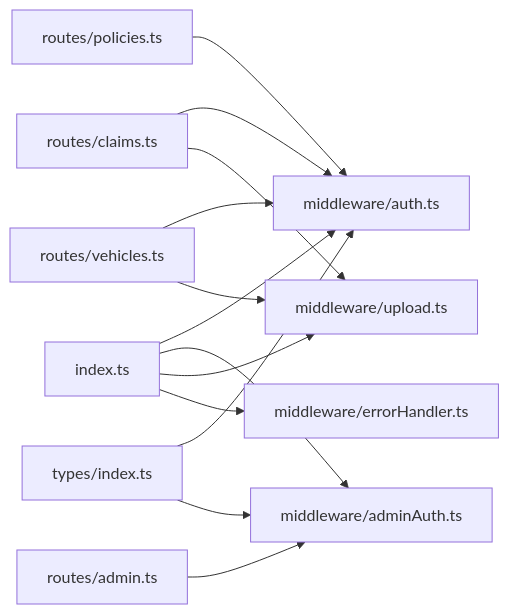
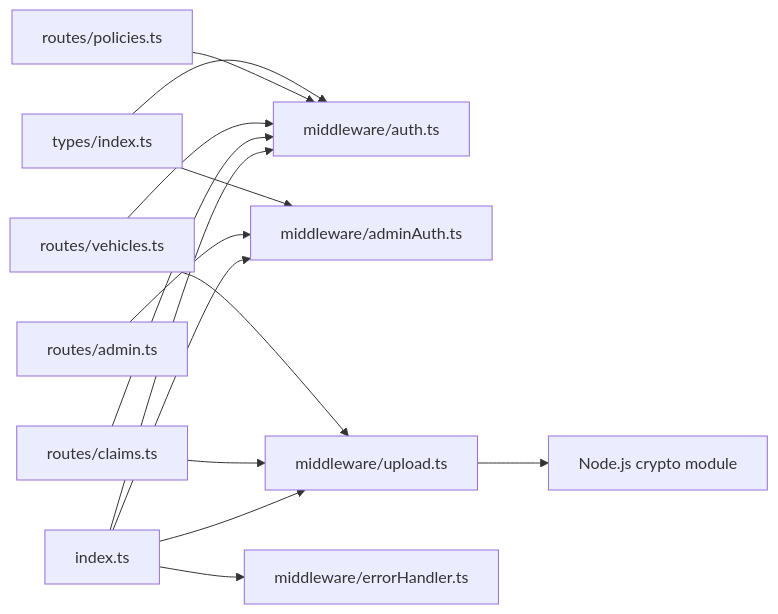
The ninth of 9 diagrams in .qoder/repowiki/en/content/Backend Documentation/Middleware & Request Processing/Middleware & Request Processing.md (NaveenHiranya/Smart-Vehicle-Insurance-Claim-System), drawn with Mermaid before and after one commit. The commit also changed other lines of this file and 8 other files, not shown here.

````diff
--- a/.qoder/repowiki/en/content/Backend Documentation/Middleware & Request Processing/Middleware & Request Processing.md
+++ b/.qoder/repowiki/en/content/Backend Documentation/Middleware & Request Processing/Middleware & Request Processing.md
@@ -317,15 +325,16 @@
 ```mermaid
 graph LR
 Index["index.ts"] --> AuthMW["middleware/auth.ts"]
 Index --> AdminMW["middleware/adminAuth.ts"]
 Index --> UploadMW["middleware/upload.ts"]
 Index --> ErrHdlr["middleware/errorHandler.ts"]
 Claims["routes/claims.ts"] --> AuthMW
 Claims --> UploadMW
 Vehicles["routes/vehicles.ts"] --> AuthMW
 Vehicles --> UploadMW
 Policies["routes/policies.ts"] --> AuthMW
 Admin["routes/admin.ts"] --> AdminMW
 Types["types/index.ts"] --> AuthMW
 Types --> AdminMW
+UploadMW --> Crypto["Node.js crypto module"]
 ```
````
